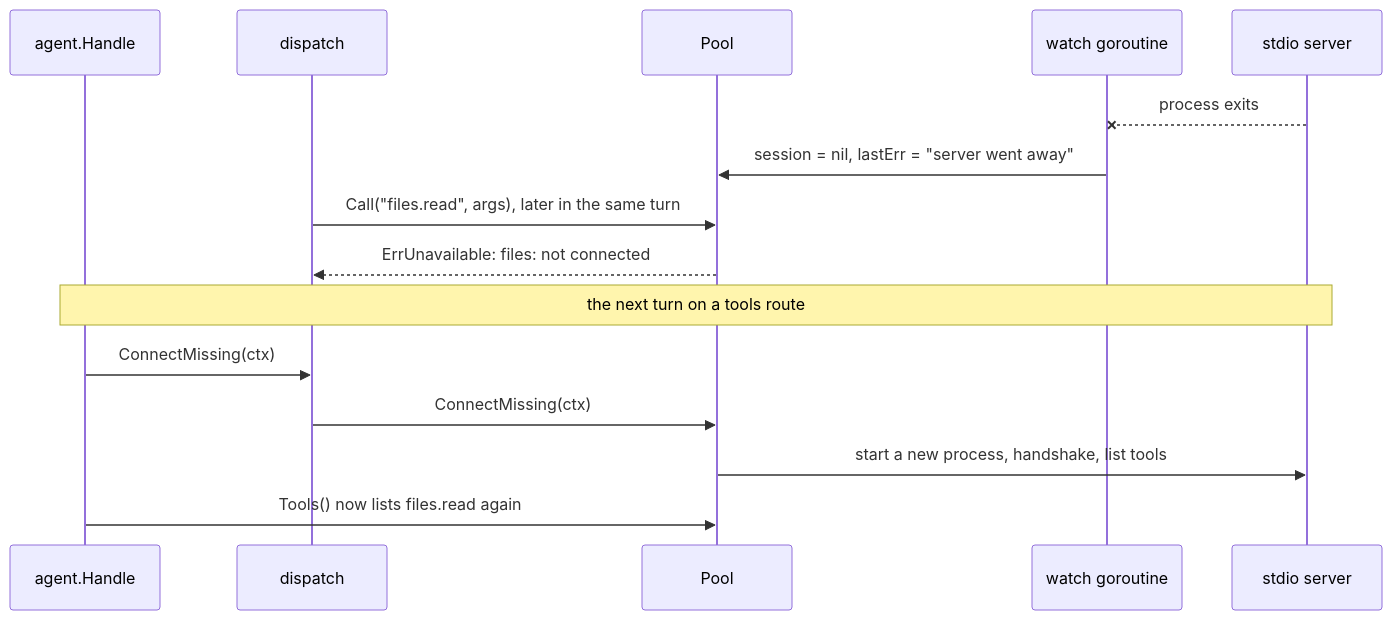
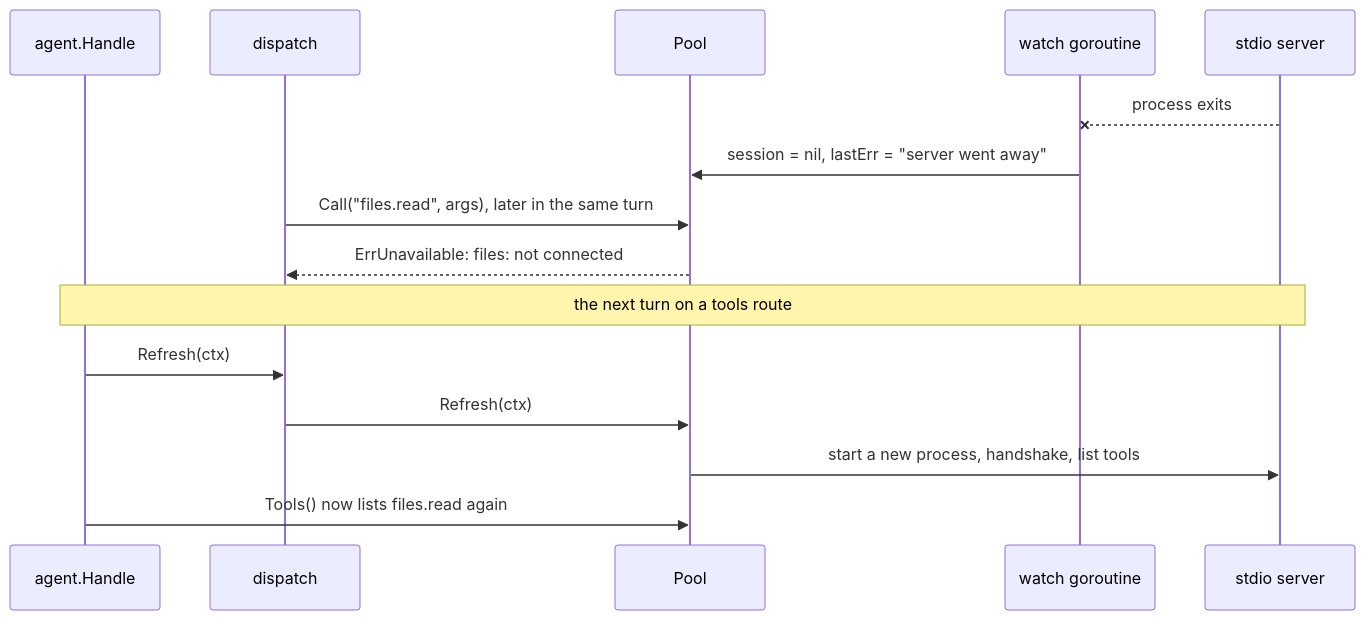
One commit to aarora79/meru changed the second of 3 diagrams in docs/coding-notes/mcp.md. Above: the diagram before and after it, drawn with Mermaid. The commit also changed other lines of this file and 25 other files, not shown here.

````diff
--- a/docs/coding-notes/mcp.md
+++ b/docs/coding-notes/mcp.md
@@ -69,17 +70,17 @@
 ```mermaid
 sequenceDiagram
     participant A as agent.Handle
     participant D as dispatch
     participant P as Pool
     participant W as watch goroutine
     participant S as stdio server
     S--xW: process exits
     W->>P: session = nil, lastErr = "server went away"
     D->>P: Call("files.read", args), later in the same turn
     P-->>D: ErrUnavailable: files: not connected
     Note over A,S: the next turn on a tools route
-    A->>D: ConnectMissing(ctx)
-    D->>P: ConnectMissing(ctx)
+    A->>D: Refresh(ctx)
+    D->>P: Refresh(ctx)
     P->>S: start a new process, handshake, list tools
     A->>P: Tools() now lists files.read again
 ```
````
